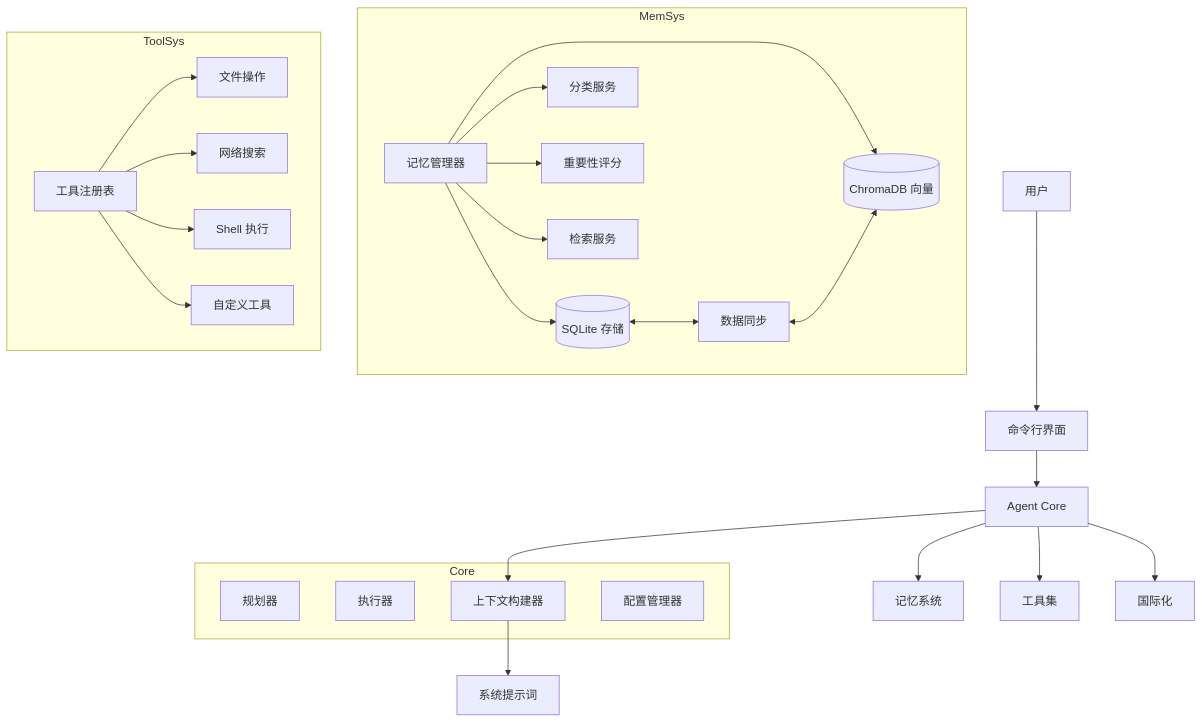
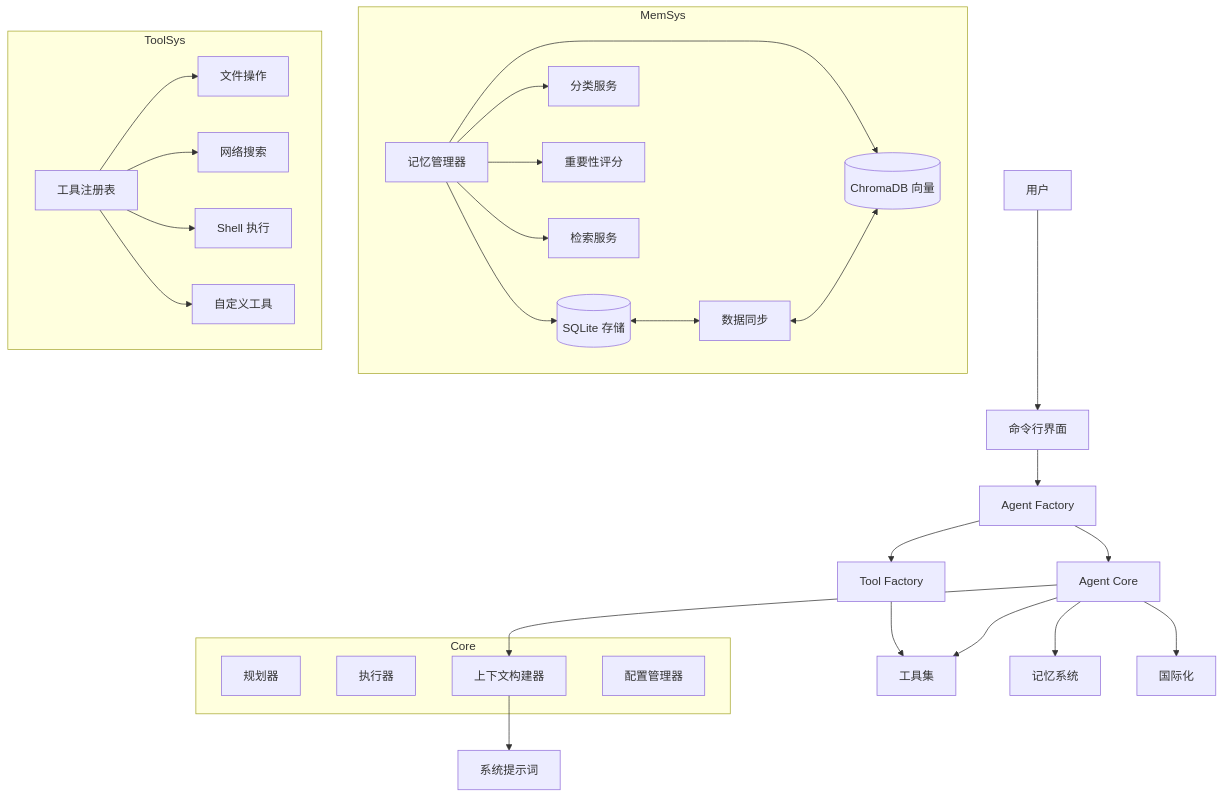
The first of 3 diagrams in docs/zh-CN/architecture.md (xt765/FinchBot), drawn with Mermaid before and after one commit. The commit also changed other lines of this file and 1 other file, not shown here.

Commit message:
Docs: Update architecture documentation with new Factory pattern and updated diagrams

````diff
--- a/docs/zh-CN/architecture.md
+++ b/docs/zh-CN/architecture.md
@@ -23,49 +23,53 @@
 ```mermaid
 graph TD
     User[用户] --> CLI[命令行界面]
-    CLI --> Agent[Agent Core]
+    CLI --> Factory[Agent Factory]
+    Factory --> Agent[Agent Core]
 
     subgraph Core
         Planner[规划器]
         Executor[执行器]
         ContextBuilder[上下文构建器]
         ConfigMgr[配置管理器]
     end
 
     Agent --> ContextBuilder
     ContextBuilder --> SystemPrompt[系统提示词]
+
+    Factory --> ToolFactory[Tool Factory]
+    ToolFactory --> ToolSet[工具集]
 
     Agent --> MemoryMgr[记忆系统]
     subgraph MemSys
         Manager[记忆管理器]
         SQLite[(SQLite 存储)]
         Vector[(ChromaDB 向量)]
         Sync[数据同步]
         Classify[分类服务]
         Importance[重要性评分]
         Retrieval[检索服务]
     end
 
     Manager --> SQLite
     Manager --> Vector
     Manager --> Classify
     Manager --> Importance
     Manager --> Retrieval
     SQLite <--> Sync <--> Vector
 
     Agent --> ToolSet[工具集]
     subgraph ToolSys
         Registry[工具注册表]
         File[文件操作]
         Web[网络搜索]
         Shell[Shell 执行]
         Custom[自定义工具]
     end
 
     Registry --> File
     Registry --> Web
     Registry --> Shell
     Registry --> Custom
 
     Agent --> I18n[国际化]
 ```
````
